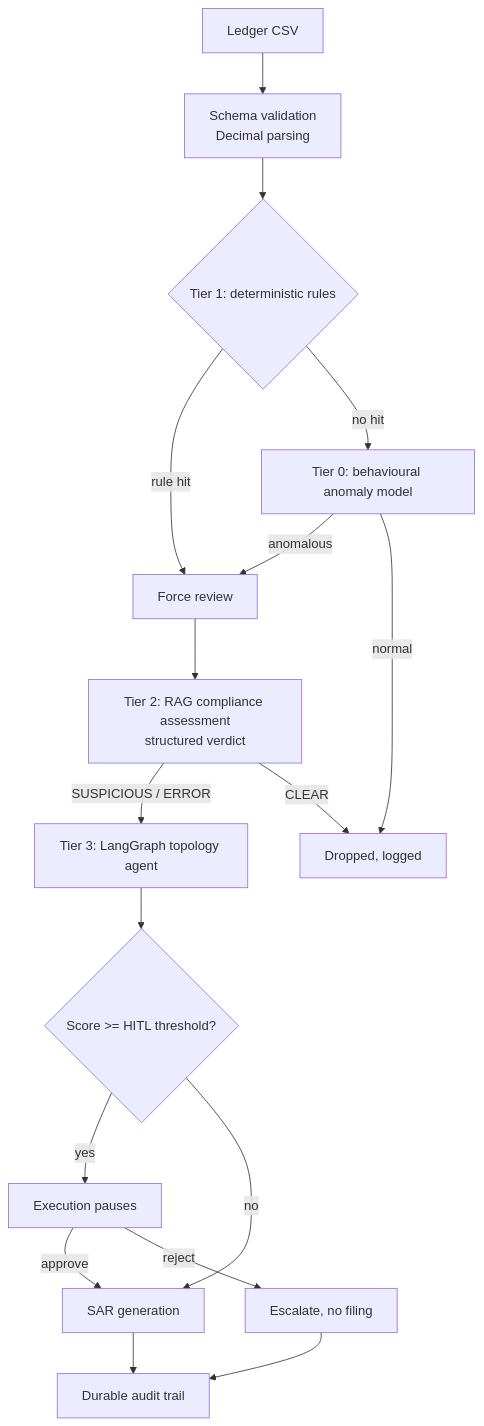
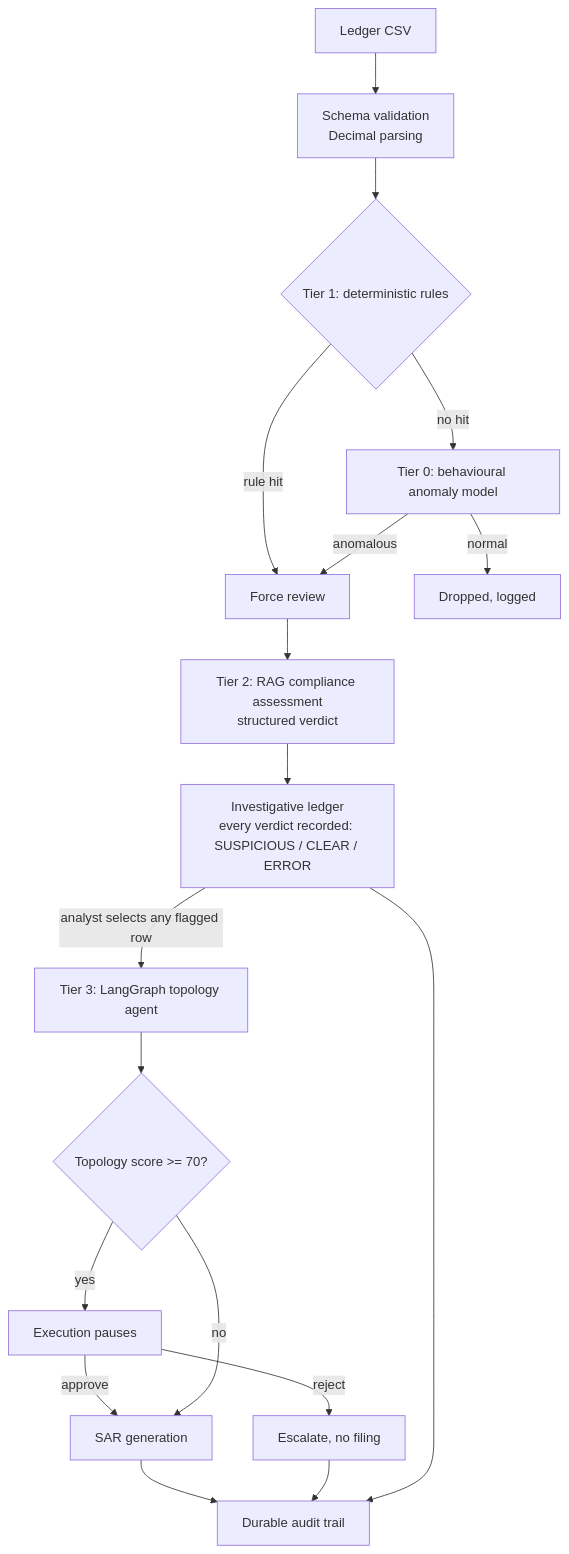
One commit to vinaykumar101997/Fintech-Fraud-Auditor-Pro changed the diagram in README.md. Above: the diagram before and after it, drawn with Mermaid. The commit also changed other lines of this file and 2 other files, not shown here.

````diff
--- a/README.md
+++ b/README.md
@@ -44,19 +47,20 @@
 ```mermaid
 graph TD
     A[Ledger CSV] --> B[Schema validation<br/>Decimal parsing]
     B --> C{Tier 1: deterministic rules}
     C -->|rule hit| F[Force review]
     C -->|no hit| D[Tier 0: behavioural anomaly model]
     D -->|anomalous| F
     D -->|normal| E[Dropped, logged]
     F --> G[Tier 2: RAG compliance assessment<br/>structured verdict]
-    G -->|SUSPICIOUS / ERROR| H[Tier 3: LangGraph topology agent]
-    G -->|CLEAR| E
-    H --> I{Score >= HITL threshold?}
+    G --> N[Investigative ledger<br/>every verdict recorded: SUSPICIOUS / CLEAR / ERROR]
+    N -->|analyst selects any flagged row| H[Tier 3: LangGraph topology agent]
+    H --> I{Topology score >= 70?}
     I -->|yes| J[Execution pauses]
     J -->|approve| K[SAR generation]
     J -->|reject| L[Escalate, no filing]
     I -->|no| K
     K --> M[Durable audit trail]
     L --> M
+    N --> M
 ```
````
